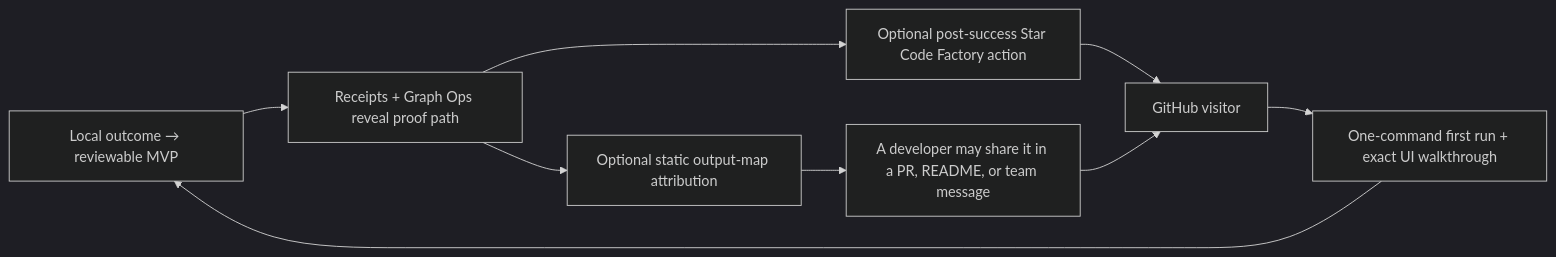
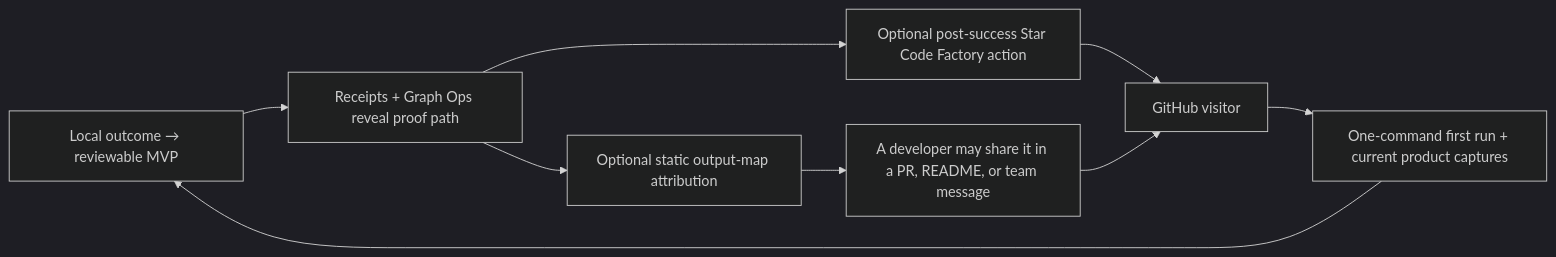
Before and after one commit to zrk222/code-factory: the diagram in docs/GITHUB_DISCOVERY.md, drawn with Mermaid (dark theme). The commit also changed other lines of this file and 46 other files, not shown here.

Commit message:
docs: replace stale public visuals with product captures

````diff
--- a/docs/GITHUB_DISCOVERY.md
+++ b/docs/GITHUB_DISCOVERY.md
@@ -47,11 +47,11 @@
 ```mermaid
 flowchart LR
     A["Local outcome → reviewable MVP"] --> B["Receipts + Graph Ops reveal proof path"]
     B --> C["Optional post-success Star Code Factory action"]
     B --> D["Optional static output-map attribution"]
     D --> E["A developer may share it in a PR, README, or team message"]
     C --> F["GitHub visitor"]
     E --> F
-    F --> G["One-command first run + exact UI walkthrough"]
+    F --> G["One-command first run + current product captures"]
     G --> A
 ```
````
